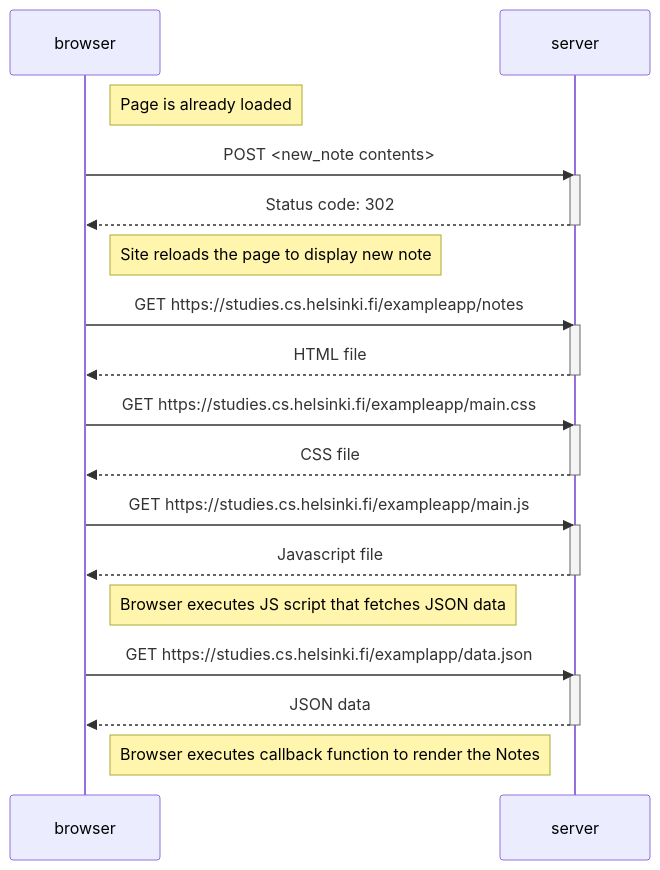
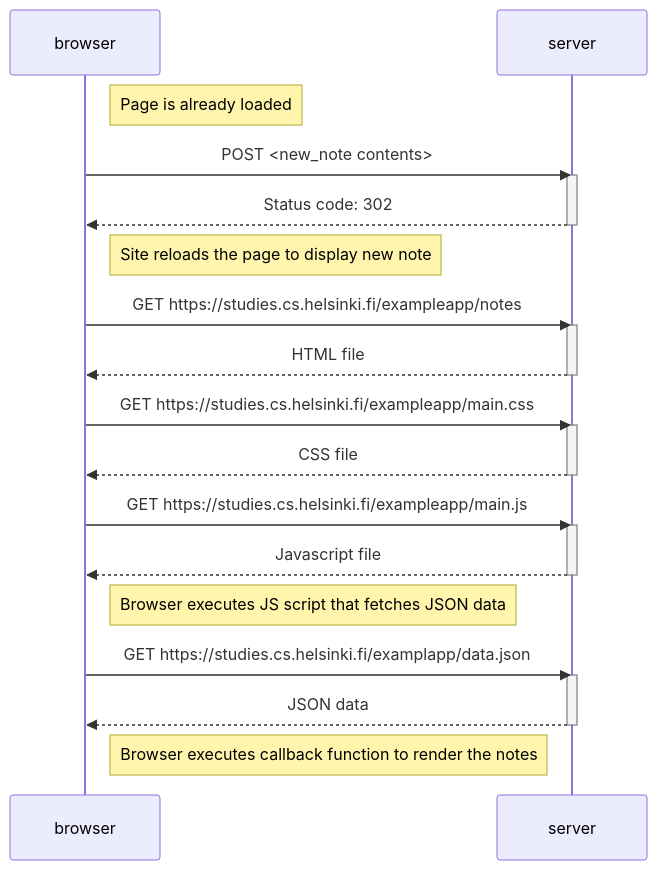
One commit to hd2802/full-stack-open changed the diagram in part0/04-new-note.md. Above: the diagram before and after it, drawn with Mermaid. The commit also changed 1 other file, not shown here.

Commit message:
0.5: add sequence diagram for single page application loading

````diff
--- a/part0/04-new-note.md
+++ b/part0/04-new-note.md
@@ -1,37 +1,37 @@
 ```mermaid
 sequenceDiagram
     participant browser
     participant server
 
     Note right of browser: Page is already loaded
     browser->>server: POST <new_note contents>
     activate server
     server-->>browser: Status code: 302
     deactivate server
 
     Note right of browser: Site reloads the page to display new note
 
     browser->>server: GET https://studies.cs.helsinki.fi/exampleapp/notes
     activate server
     server-->>browser: HTML file
     deactivate server
 
     browser->>server: GET https://studies.cs.helsinki.fi/exampleapp/main.css
     activate server
     server-->>browser: CSS file
     deactivate server
 
     browser->>server: GET https://studies.cs.helsinki.fi/exampleapp/main.js
     activate server
     server-->>browser: Javascript file
     deactivate server
 
     Note right of browser: Browser executes JS script that fetches JSON data
 
     browser->>server: GET https://studies.cs.helsinki.fi/examplapp/data.json
     activate server
     server-->>browser: JSON data
     deactivate server
 
-    Note right of browser: Browser executes callback function to render the Notes
+    Note right of browser: Browser executes callback function to render the notes
 ```
````
